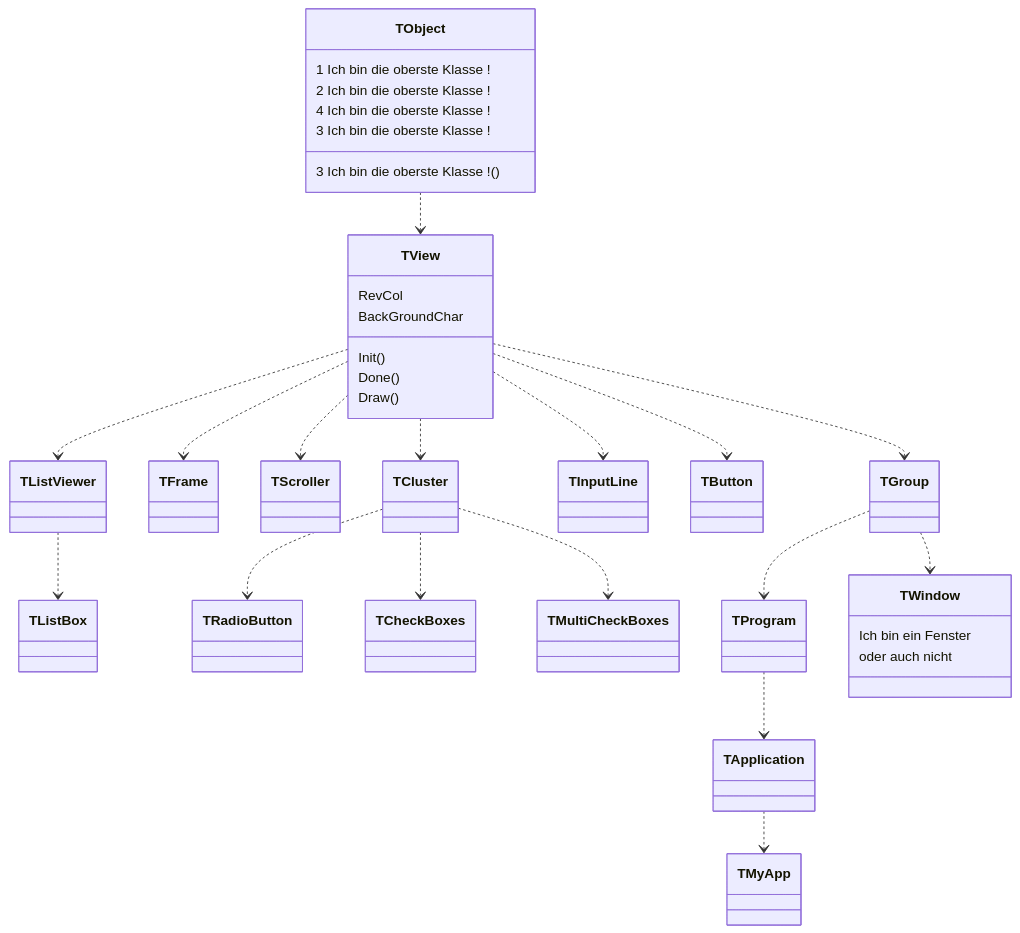
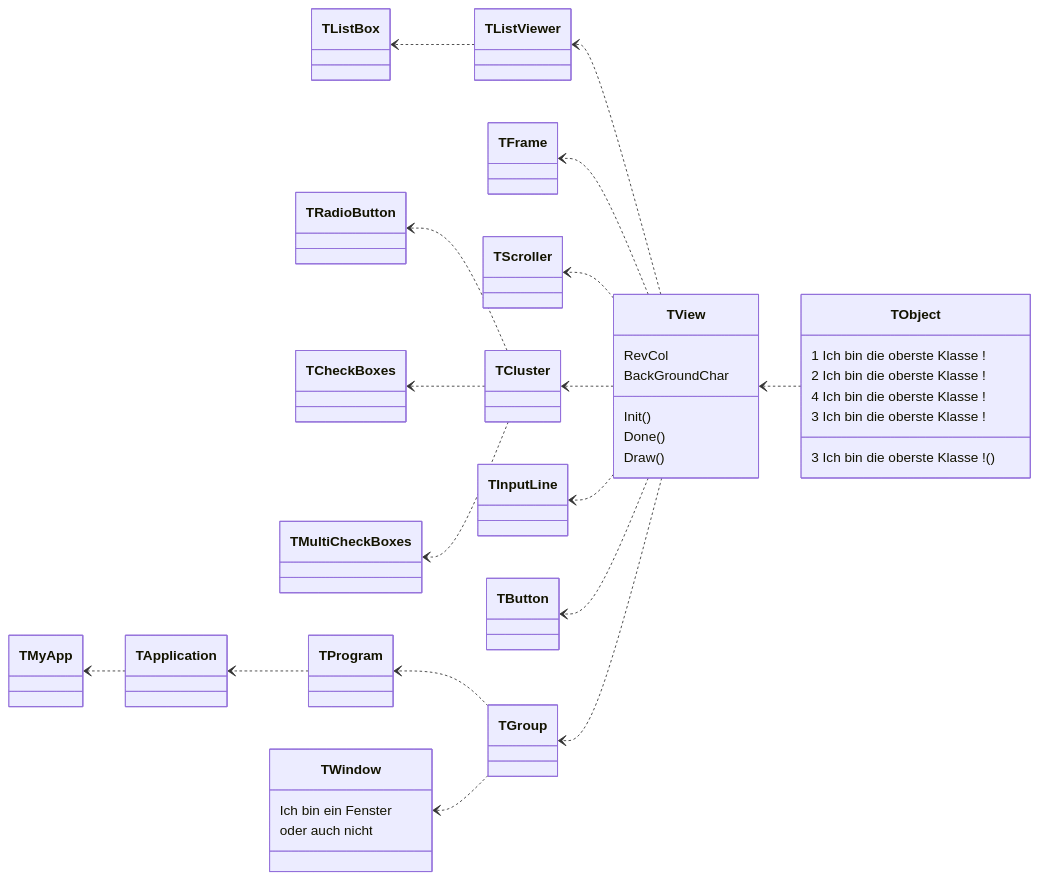
One commit to sechshelme/Lazarus-FreeVision-Tutorial changed the first of 2 diagrams in 99_Test/GIT_Chart_Test/readme.md. Above: the diagram before and after it, drawn with Mermaid.

````diff
--- a/99_Test/GIT_Chart_Test/readme.md
+++ b/99_Test/GIT_Chart_Test/readme.md
@@ -3,35 +3,35 @@
 ```mermaid
 classDiagram
-
+direction RL
 
 TObject ..> TView
 TObject : 1 Ich bin die oberste Klasse !
 TObject : 2 Ich bin die oberste Klasse !
 TObject: 3 Ich bin die oberste Klasse !()
 TObject : 4 Ich bin die oberste Klasse !
 TObject: 3 Ich bin die oberste Klasse !
 TView: RevCol
 TView: BackGroundChar
 TView: Init()
 TView: Done()
 TView: Draw()
 TView ..> TGroup
 TView ..> TFrame
 TView ..> TScroller
 TView ..> TListViewer
 TListViewer ..> TListBox
 TView ..> TInputLine
 TView ..> TButton
 TView ..> TCluster
 TCluster ..> TRadioButton
 TCluster ..> TCheckBoxes
 TCluster ..> TMultiCheckBoxes
 TGroup ..> TProgram
 TGroup ..> TWindow
 TProgram ..> TApplication 
 TApplication ..> TMyApp
 class TWindow {
   Ich bin ein Fenster
   oder auch nicht
 }
 ```
````
